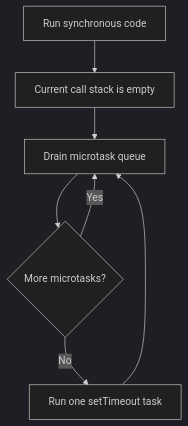
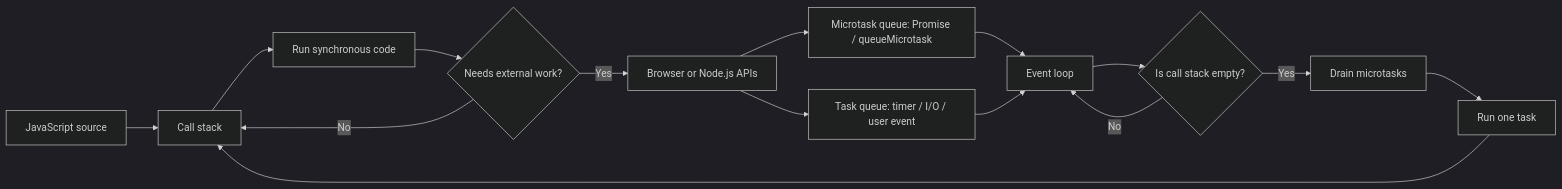
The fourth of 4 diagrams in README.md (raushanapp/advance_javascript_Andre), drawn with Mermaid (dark theme) before and after one commit. The commit also changed other lines of this file and 1 other file, not shown here.

Commit message:
Add explanations and examples for event loop, microtask queue, and callback queue in README and index.js

````diff
--- a/README.md
+++ b/README.md
@@ -610,9 +643,17 @@
 ```mermaid
-flowchart TD
-    A[Run synchronous code] --> B[Current call stack is empty]
-    B --> C[Drain microtask queue]
-    C --> D{More microtasks?}
-    D -- Yes --> C
-    D -- No --> E[Run one setTimeout task]
-    E --> C
+flowchart LR
+  Source[JavaScript source] --> Stack[Call stack]
+  Stack --> Sync[Run synchronous code]
+  Sync --> Runtime{Needs external work?}
+  Runtime -- No --> Stack
+  Runtime -- Yes --> APIs[Browser or Node.js APIs]
+  APIs --> Microtasks[Microtask queue: Promise / queueMicrotask]
+  APIs --> Tasks[Task queue: timer / I/O / user event]
+  Microtasks --> Loop[Event loop]
+  Tasks --> Loop
+  Loop --> Empty{Is call stack empty?}
+  Empty -- No --> Loop
+  Empty -- Yes --> Drain[Drain microtasks]
+  Drain --> Next[Run one task]
+  Next --> Stack
 ```
````
